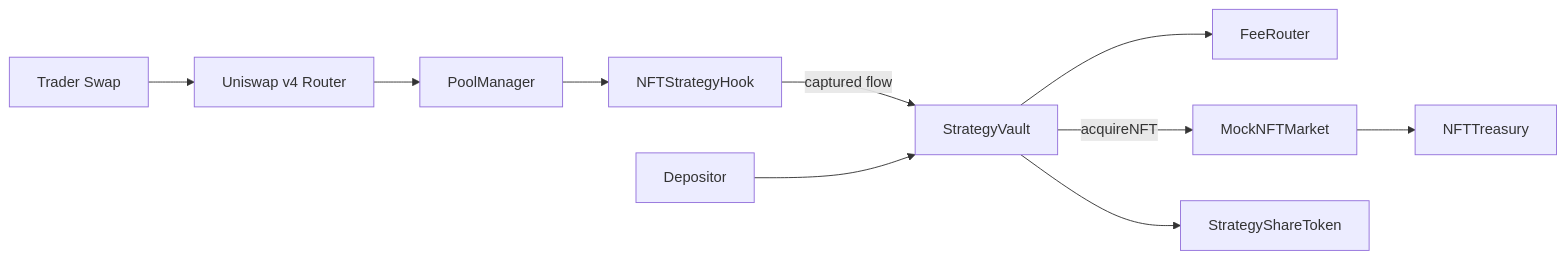
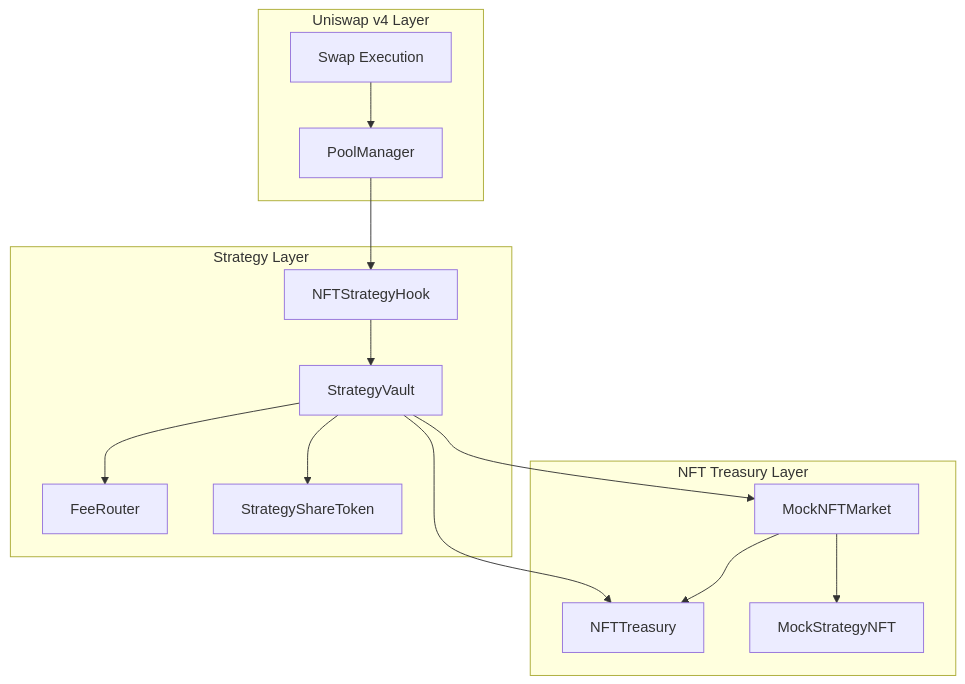
One commit to smartman873/nft-strategy-token-hook changed the first of 3 diagrams in README.md. Above: the diagram before and after it, drawn with Mermaid. The commit also changed other lines of this file and 1 other file, not shown here.

````diff
--- a/README.md
+++ b/README.md
@@ -27,12 +51,30 @@
 ```mermaid
-flowchart LR
-    Trader[Trader Swap] --> Router[Uniswap v4 Router]
-    Router --> PM[PoolManager]
-    PM --> Hook[NFTStrategyHook]
-    Hook -->|captured flow| Vault[StrategyVault]
-    Vault --> FeeRouter[FeeRouter]
-    Vault -->|acquireNFT| Market[MockNFTMarket]
-    Market --> Treasury[NFTTreasury]
-    User[Depositor] --> Vault
-    Vault --> Share[StrategyShareToken]
+flowchart TD
+  subgraph uniswap_v4_layer[Uniswap v4 Layer]
+    PM[PoolManager]
+    SWAP[Swap Execution]
+  end
+
+  subgraph strategy_layer[Strategy Layer]
+    HOOK[NFTStrategyHook]
+    ROUTER[FeeRouter]
+    VAULT[StrategyVault]
+    SHARE[StrategyShareToken]
+  end
+
+  subgraph nft_layer[NFT Treasury Layer]
+    MARKET[MockNFTMarket]
+    TREASURY[NFTTreasury]
+    NFT[MockStrategyNFT]
+  end
+
+  SWAP --> PM
+  PM --> HOOK
+  HOOK --> VAULT
+  VAULT --> ROUTER
+  VAULT --> SHARE
+  VAULT --> MARKET
+  MARKET --> NFT
+  MARKET --> TREASURY
+  VAULT --> TREASURY
 ```
````
